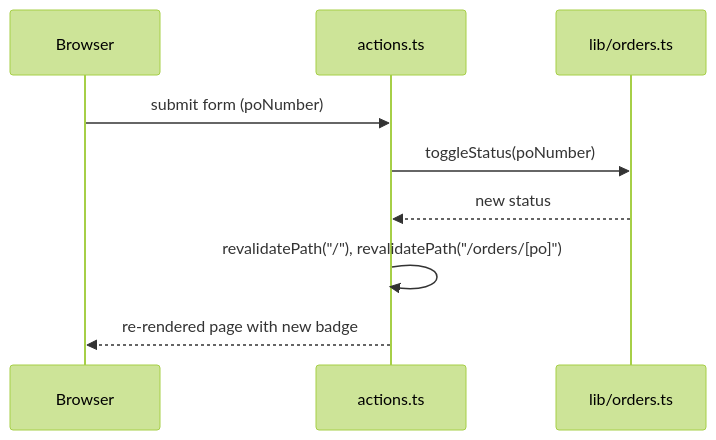
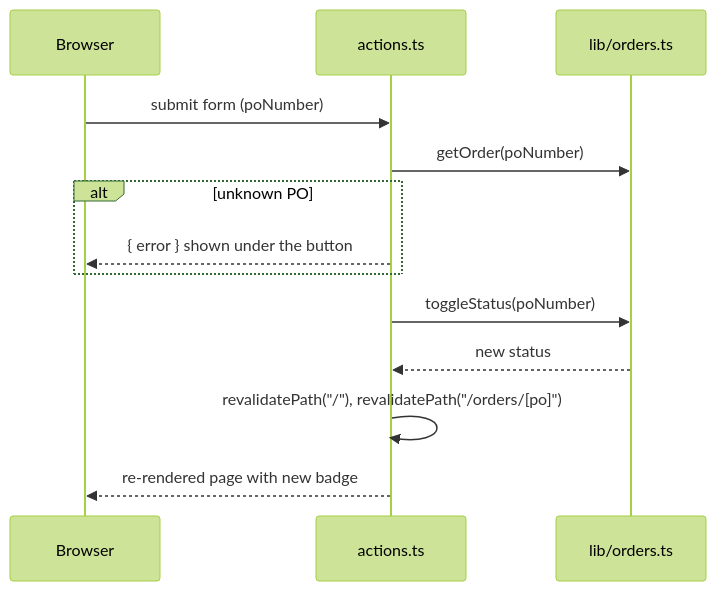
Before and after one commit to TRUPALIX9/bhf-take-home: the second of 4 diagrams in docs/DESIGN.md, drawn with Mermaid (forest theme). The commit also changed other lines of this file and 21 other files, not shown here.

````diff
--- a/docs/DESIGN.md
+++ b/docs/DESIGN.md
@@ -26,11 +26,15 @@
 ```mermaid
 sequenceDiagram
   participant B as Browser
   participant A as actions.ts
   participant O as lib/orders.ts
   B->>A: submit form (poNumber)
+  A->>O: getOrder(poNumber)
+  alt unknown PO
+    A-->>B: { error } shown under the button
+  end
   A->>O: toggleStatus(poNumber)
   O-->>A: new status
   A->>A: revalidatePath("/"), revalidatePath("/orders/[po]")
   A-->>B: re-rendered page with new badge
 ```
````
